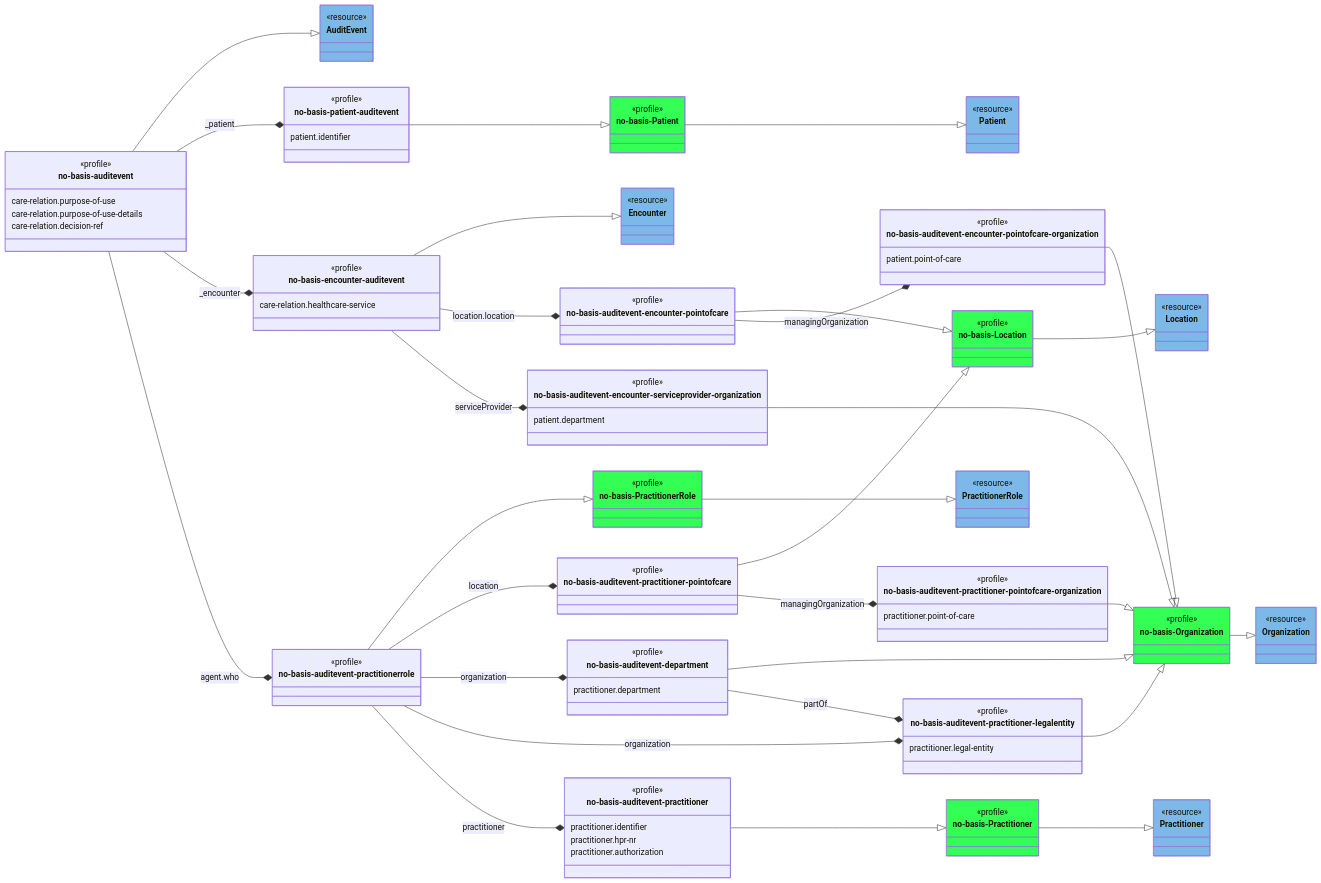
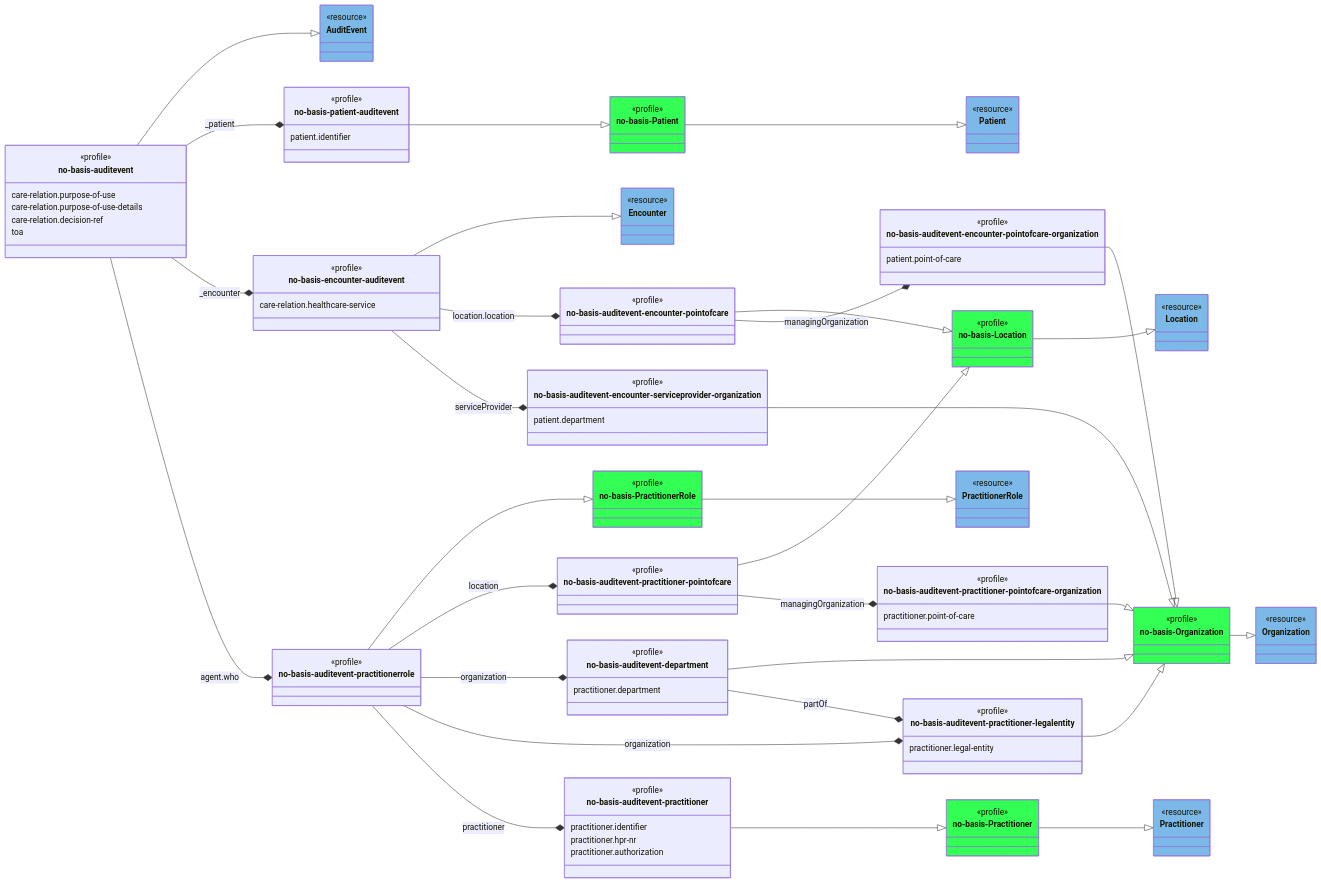
One commit to HL7Norway/AuditEvent changed the diagram in AuditEvent/input/images/AuditEvent-ClassDiagram.mmd. Above: the diagram before and after it, drawn with Mermaid.

Commit message:
Added toa to mermaid diagram

```diff
--- a/AuditEvent/input/images/AuditEvent-ClassDiagram.mmd
+++ b/AuditEvent/input/images/AuditEvent-ClassDiagram.mmd
@@ -1,136 +1,138 @@
 classDiagram
    direction RL
    class AuditEvent { <<resource>>  }
    style AuditEvent fill:#7CB9E8
    class Practitioner { <<resource>> }
    style Practitioner fill:#7CB9E8   
    class PractitionerRole { <<resource>> }
    style PractitionerRole fill:#7CB9E8      
    class Organization { <<resource>> }
    style Organization fill:#7CB9E8         
    class Location { <<resource>> }
    style Location fill:#7CB9E8        
    class Patient { <<resource>> }
    style Patient fill:#7CB9E8           
    class Encounter { <<resource>> }
    style Encounter fill:#7CB9E8 
  
    class no_basis_Patient["no-basis-Patient"]  {<<profile>>}
    class no_basis_Location["no-basis-Location"] {<<profile>>}
    class no_basis_PractitionerRole["no-basis-PractitionerRole"] {<<profile>>}
    class no_basis_Organization["no-basis-Organization"] {<<profile>>}
    class no_basis_Practitioner["no-basis-Practitioner"] {<<profile>>}
    style no_basis_Practitioner fill:#33FF55 
    style no_basis_Patient fill:#33FF55 
    style no_basis_Location fill:#33FF55 
    style no_basis_Organization fill:#33FF55     
    style no_basis_PractitionerRole fill:#33FF55     
                
    class no-basis-auditevent {
      <<profile>>
      care-relation.purpose-of-use
      care-relation.purpose-of-use-details
      care-relation.decision-ref     
+     toa
    }
+  
 
    class no-basis-auditevent-practitionerrole  {<<profile>>}
    class no-basis-auditevent-department { 
      <<profile>>
      practitioner.department
    }   
 
    class no-basis-auditevent-practitioner  {
      <<profile>>
      practitioner.identifier
      practitioner.hpr-nr
      practitioner.authorization
    }
 
    class no-basis-auditevent-practitioner-legalentity {
      <<profile>>
      practitioner.legal-entity
    }
    class no-basis-auditevent-practitioner-pointofcare {<<profile>>}
    class no-basis-auditevent-practitioner-pointofcare-organization {
      <<profile>>
      practitioner.point-of-care
    }
    class no-basis-encounter-auditevent {
      <<profile>>
      care-relation.healthcare-service
    }
    class no-basis-patient-auditevent {
      <<profile>>
      patient.identifier
    }
 
    class no-basis-auditevent-encounter-pointofcare {<<profile>>}
    class no-basis-auditevent-encounter-pointofcare-organization {
      <<profile>>
      patient.point-of-care     
    }
    class no-basis-auditevent-encounter-serviceprovider-organization {
      <<profile>>
      patient.department
    }
 
 
    AuditEvent <|-- no-basis-auditevent 
    no_basis_PractitionerRole <|-- no-basis-auditevent-practitionerrole 
    no_basis_Practitioner <|-- no-basis-auditevent-practitioner
    no_basis_Organization <|-- no-basis-auditevent-department   
    no_basis_Organization <|-- no-basis-auditevent-practitioner-legalentity
    no_basis_Organization <|-- no-basis-auditevent-encounter-pointofcare-organization
    no_basis_Organization <|-- no-basis-auditevent-practitioner-pointofcare-organization
    no_basis_Organization <|-- no-basis-auditevent-encounter-serviceprovider-organization
    no_basis_Location <|-- no-basis-auditevent-encounter-pointofcare
    no_basis_Location <|-- no-basis-auditevent-practitioner-pointofcare
    Location <|-- no_basis_Location
    no_basis_Patient <|-- no-basis-patient-auditevent
    Patient <|-- no_basis_Patient
    Encounter <|-- no-basis-encounter-auditevent
    PractitionerRole <|-- no_basis_PractitionerRole
    Organization <|-- no_basis_Organization
    Practitioner <|--  no_basis_Practitioner
   
    
   
     no-basis-auditevent-practitioner-pointofcare-organization *-- no-basis-auditevent-practitioner-pointofcare : managingOrganization
     no-basis-auditevent-practitioner-legalentity *-- no-basis-auditevent-department : partOf
     no-basis-auditevent-encounter-pointofcare *-- no-basis-encounter-auditevent : location.location
     no-basis-auditevent-encounter-serviceprovider-organization *-- no-basis-encounter-auditevent: serviceProvider
     no-basis-auditevent-encounter-pointofcare-organization *-- no-basis-auditevent-encounter-pointofcare : managingOrganization
     no-basis-auditevent-practitioner-pointofcare *-- no-basis-auditevent-practitionerrole  : location
     no-basis-auditevent-department *-- no-basis-auditevent-practitionerrole  : organization
     no-basis-auditevent-practitioner-legalentity *-- no-basis-auditevent-practitionerrole  : organization
     no-basis-auditevent-practitioner *-- no-basis-auditevent-practitionerrole  : practitioner
     no-basis-patient-auditevent *-- no-basis-auditevent  : _patient
     no-basis-encounter-auditevent *-- no-basis-auditevent  : _encounter
     no-basis-auditevent-practitionerrole  *-- no-basis-auditevent  : agent.who
     
 
     link AuditEvent "https://hl7.org/fhir/R4/auditevent.html" 
     link Practitioner "https://hl7.org/fhir/R4/practitioner.html" 
     link PractitionerRole "https://hl7.org/fhir/R4/practitionerrole.html" 
     link Organization "https://hl7.org/fhir/R4/organization.html" 
     link Location "https://hl7.org/fhir/R4/location.html" 
     link Patient  "https://hl7.org/fhir/R4/patient.html" 
     link Encounter "https://hl7.org/fhir/R4/encounter.html" 
 
     link no-basis-auditevent "StructureDefinition-no-basis-auditevent.html"
     link no-basis-auditevent-practitionerrole  "StructureDefinition-AuditEventNorwayPractitionerRole.html"
     link no-basis-auditevent-department "StructureDefinition-AuditEventNorwayPractitionerDepartment.html"
     link no-basis-auditevent-practitioner "StructureDefinition-AuditEventNorwayPractitioner.html"
     link no-basis-auditevent-practitioner-legalentity "StructureDefinition-AuditEventNorwayPractitionerLegalEntity.html"
     link no-basis-auditevent-practitioner-pointofcare "StructureDefinition-AuditEventNorwayPractitionerPointOfCare.html"
     link no-basis-auditevent-practitioner-pointofcare-organization "StructureDefinition-AuditEventNorwayPractitionerPointOfCareOrganization.html"
     link no-basis-encounter-auditevent "StructureDefinition-no-basis-encounter-auditevent.html"
     link no-basis-patient-auditevent "StructureDefinition-no-basis-patient-auditevent.html"
     link no-basis-auditevent-encounter-pointofcare "StructureDefinition-AuditEventNorwayEncounterPointOfCare.html"
     link no-basis-auditevent-encounter-pointofcare-organization "StructureDefinition-AuditEventNorwayEncounterPointOfCareOrganization.html"
     link no-basis-auditevent-encounter-serviceprovider-organization "StructureDefinition-AuditEventNorwayEncounterServiceProviderOrganization.html"
     link no_basis_Patient "https://simplifier.net/hl7norwayno-basis/nobasispatient"
     link no_basis_Location "https://simplifier.net/hl7norwayno-basis/nobasislocation"
     link no_basis_PractitionerRole "https://simplifier.net/hl7norwayno-basis/nobasispractitionerrole"
     link no_basis_Organization "https://simplifier.net/hl7norwayno-basis/nobasisorganization"
     link no_basis_Practitioner "https://simplifier.net/hl7norwayno-basis/nobasispractitioner"
```
